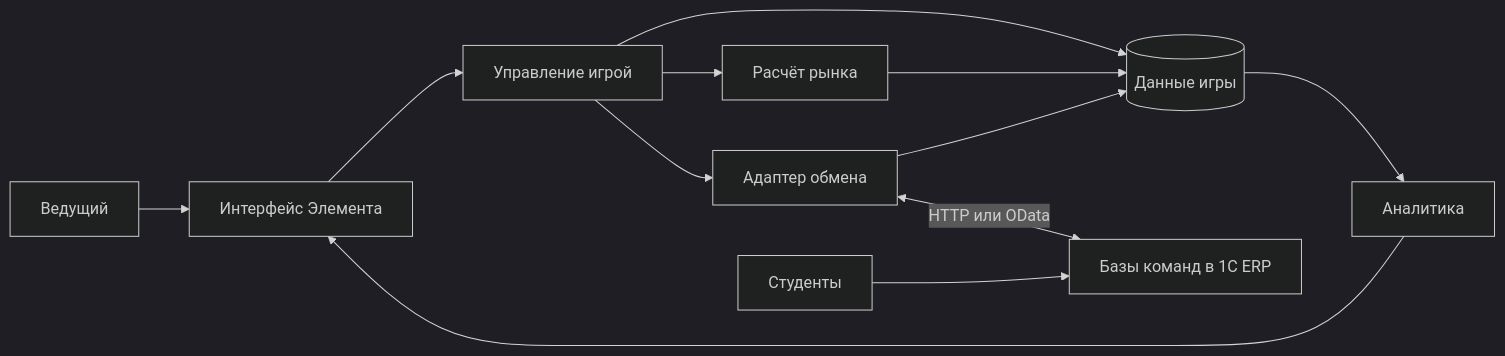
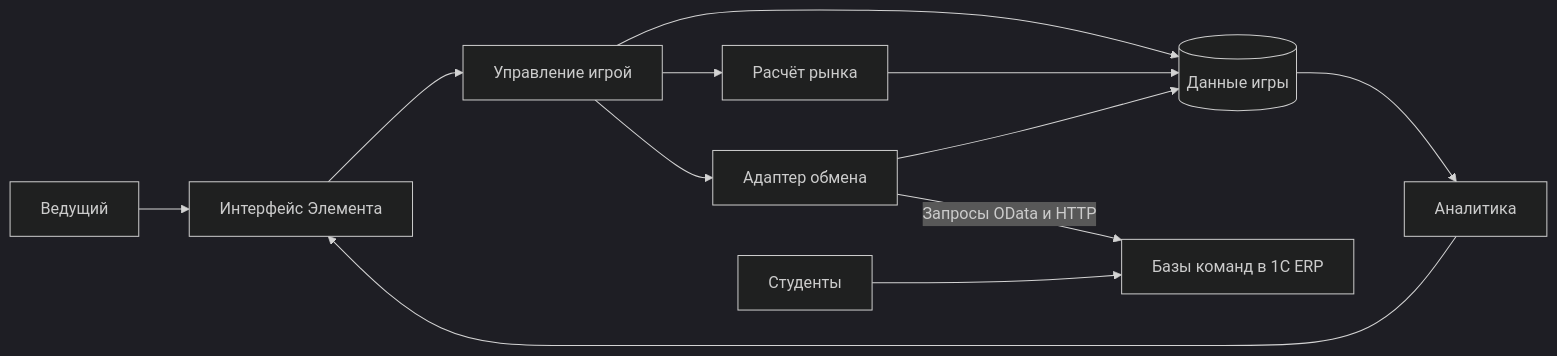
One commit to dimkashelk/admin_panel_game_1c changed the first of 2 diagrams in docs/architecture.md. Above: the diagram before and after it, drawn with Mermaid (dark theme). The commit also changed other lines of this file and 32 other files, not shown here.

Commit message:
Switch ERP exchange to outbound HTTP and background polling

````diff
--- a/docs/architecture.md
+++ b/docs/architecture.md
@@ -25,14 +27,14 @@
 ```mermaid
 flowchart LR
     Trainer[Ведущий] --> UI[Интерфейс Элемента]
     UI --> Control[Управление игрой]
     Control --> Data[(Данные игры)]
     Control --> Market[Расчёт рынка]
     Market --> Data
     Control --> Exchange[Адаптер обмена]
     Exchange --> Data
-    Exchange <-->|HTTP или OData| ERP[Базы команд в 1С ERP]
+    Exchange -->|Запросы OData и HTTP| ERP[Базы команд в 1С ERP]
     Students[Студенты] --> ERP
     Data --> Analytics[Аналитика]
     Analytics --> UI
 ```
````
